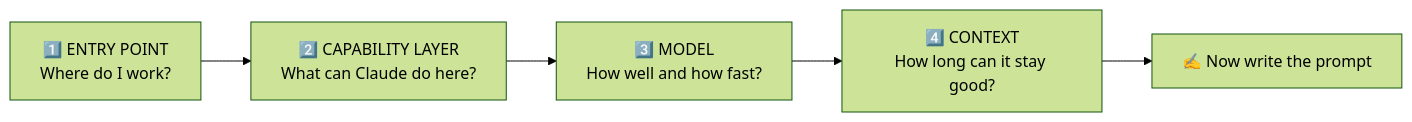
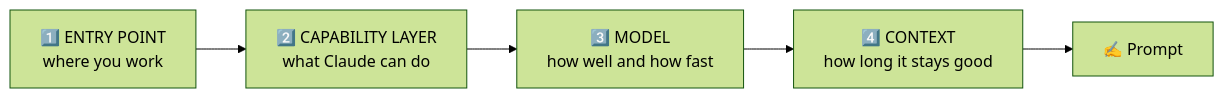
The second of 7 diagrams in 008 CCAO- F Certification Prep/Module-1-Platform-and-Model-Foundations.md (saurabhSMS1987/Public_Learning-DE-DS-ML-AI), drawn with Mermaid (forest theme) before and after one commit. The commit also changed other lines of this file and 1 other file, not shown here.

````diff
--- a/008 CCAO- F Certification Prep/Module-1-Platform-and-Model-Foundations.md
+++ b/008 CCAO- F Certification Prep/Module-1-Platform-and-Model-Foundations.md
@@ -68,7 +34,4 @@
 ```mermaid
 flowchart LR
-    A["1️⃣ ENTRY POINT<br/>Where do I work?"] --> B["2️⃣ CAPABILITY LAYER<br/>What can Claude do here?"]
-    B --> C["3️⃣ MODEL<br/>How well and how fast?"]
-    C --> D["4️⃣ CONTEXT<br/>How long can it stay good?"]
-    D --> E["✍️ Now write the prompt"]
+    A["1️⃣ ENTRY POINT<br/>where you work"] --> B["2️⃣ CAPABILITY LAYER<br/>what Claude can do"] --> C["3️⃣ MODEL<br/>how well and how fast"] --> D["4️⃣ CONTEXT<br/>how long it stays good"] --> E["✍️ Prompt"]
 ```
````
